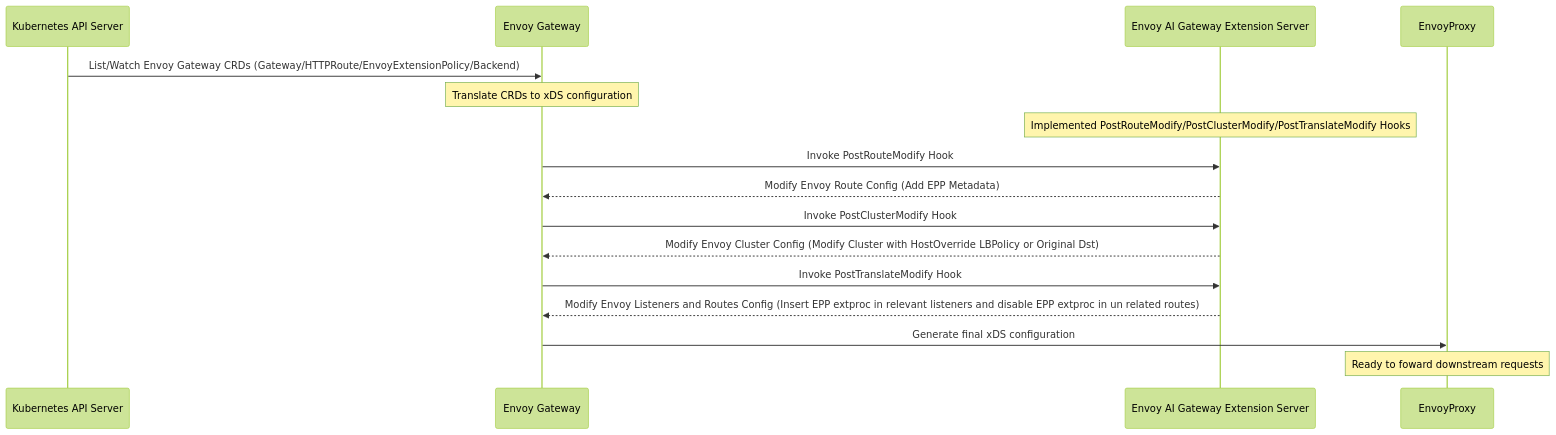
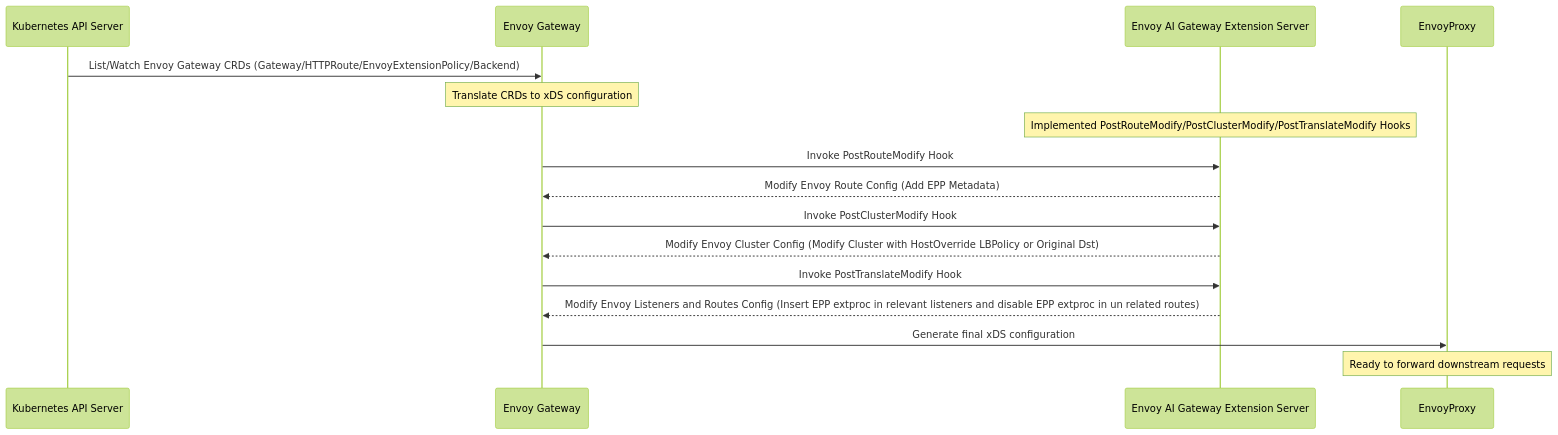
Before and after one commit to envoyproxy/ai-gateway: the second of 4 diagrams in docs/proposals/003-epp-integration-proposal/proposal.md, drawn with Mermaid (forest theme). The commit also changed other lines of this file, not shown here.

````diff
--- a/docs/proposals/003-epp-integration-proposal/proposal.md
+++ b/docs/proposals/003-epp-integration-proposal/proposal.md
@@ -674,19 +674,19 @@
 ```mermaid
 sequenceDiagram
     participant AIServer as Kubernetes API Server
     participant EG as Envoy Gateway
 		participant EAGES as Envoy AI Gateway Extension Server
     participant Proxy as EnvoyProxy
 
     AIServer->>EG: List/Watch Envoy Gateway CRDs (Gateway/HTTPRoute/EnvoyExtensionPolicy/Backend)
     Note over EG: Translate CRDs to xDS configuration
     Note over EAGES: Implemented PostRouteModify/PostClusterModify/PostTranslateModify Hooks
     EG->>EAGES: Invoke PostRouteModify Hook 
     EAGES-->>EG: Modify Envoy Route Config (Add EPP Metadata)
     EG->>EAGES: Invoke PostClusterModify Hook 
     EAGES-->>EG: Modify Envoy Cluster Config (Modify Cluster with HostOverride LBPolicy or Original Dst)
     EG->>EAGES: Invoke PostTranslateModify Hook 
     EAGES-->>EG: Modify Envoy Listeners and Routes Config (Insert EPP extproc in relevant listeners and disable EPP extproc in un related routes)
     EG ->> Proxy: Generate final xDS configuration
-    Note over Proxy: Ready to foward downstream requests
+    Note over Proxy: Ready to forward downstream requests
 ```
````
